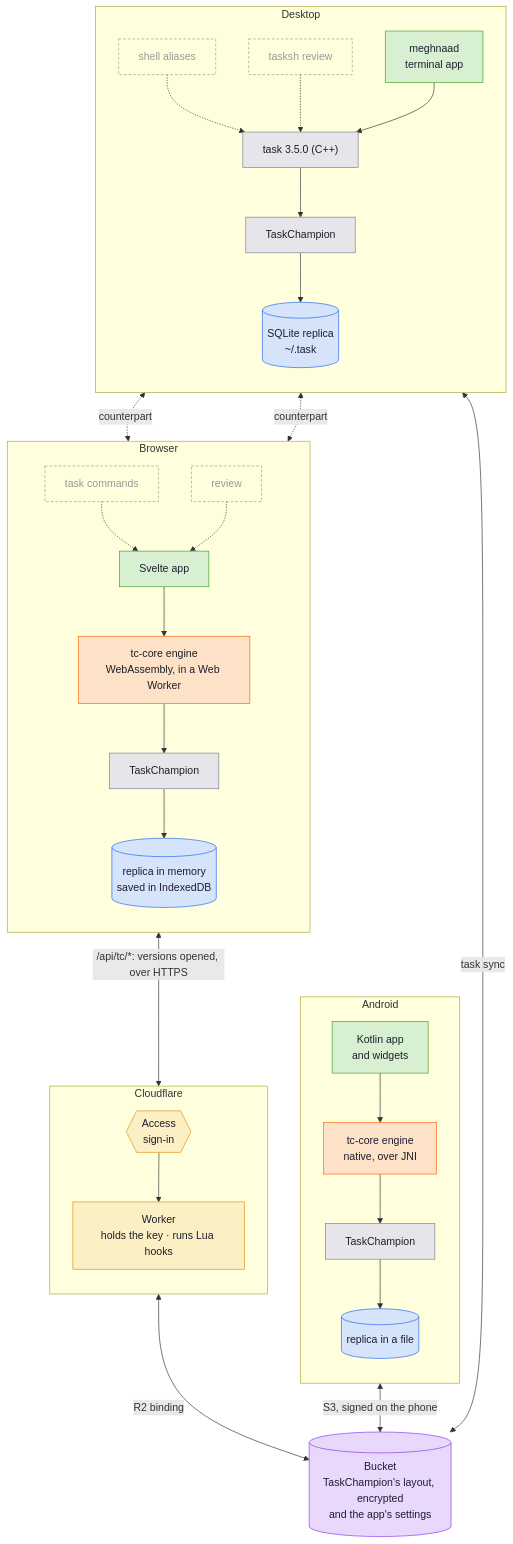
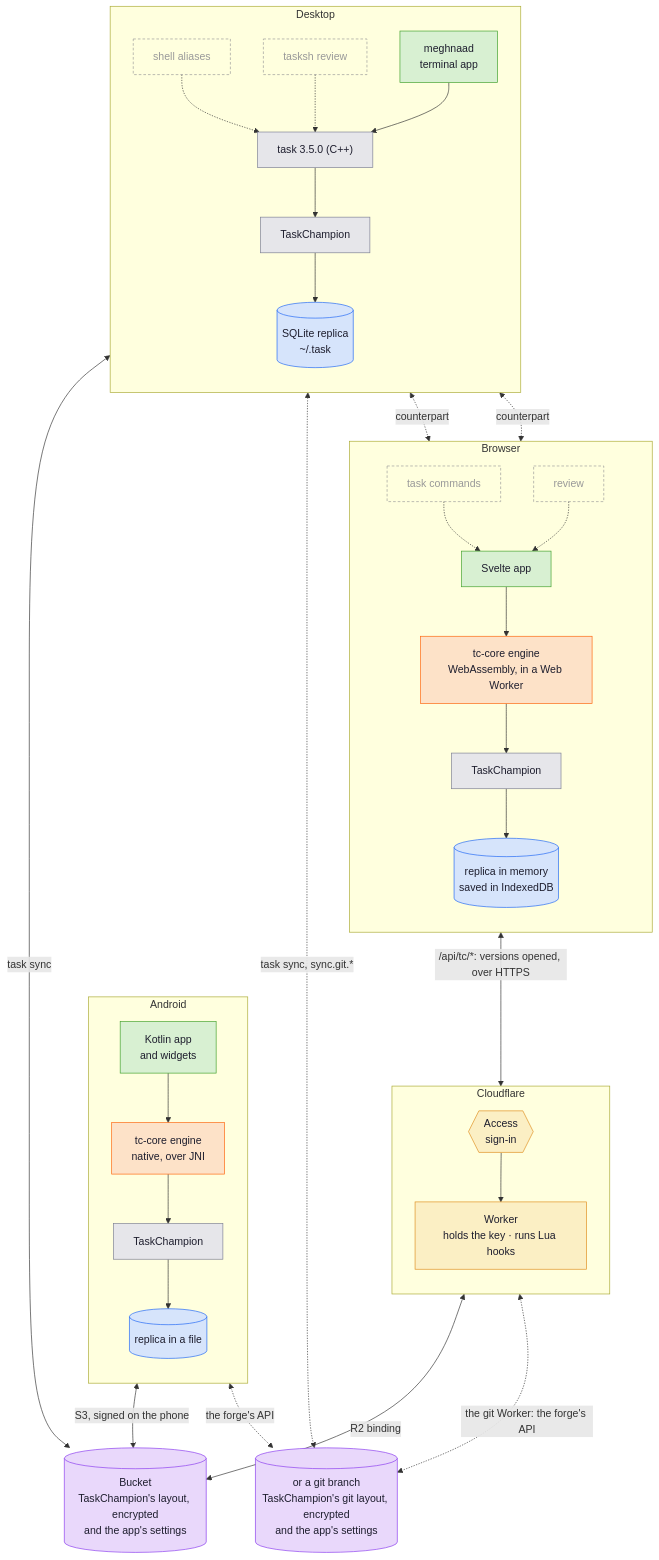
Before and after one commit to uroybd/Meghnaad: the diagram in README.md, drawn with Mermaid. The commit also changed other lines of this file and 47 other files, not shown here.

First line of the commit message:
feat: sync to a git repository on GitHub, Gitea or Forgejo, from the web and the phone

````diff
--- a/README.md
+++ b/README.md
@@ -154,68 +154,72 @@
 ```mermaid
 flowchart TB
   subgraph desktop["Desktop"]
     direction TB
     sh["shell aliases"]
     tsh["tasksh review"]
     tui["meghnaad<br/>terminal app"]
     cli["task 3.5.0 (C++)"]
     tcd["TaskChampion"]
     db[("SQLite replica<br/>~/.task")]
     sh -.-> cli
     tsh -.-> cli
     tui --> cli --> tcd --> db
   end
 
   subgraph web["Browser"]
     direction TB
     cmds["task commands"]
     rev["review"]
     spa["Svelte app"]
     eng["tc-core engine<br/>WebAssembly, in a Web Worker"]
     tcw["TaskChampion"]
     mem[("replica in memory<br/>saved in IndexedDB")]
     cmds -.-> spa
     rev -.-> spa
     spa --> eng --> tcw --> mem
   end
 
   subgraph phone["Android"]
     direction TB
     app["Kotlin app<br/>and widgets"]
     nat["tc-core engine<br/>native, over JNI"]
     tcn["TaskChampion"]
     rep[("replica in a file")]
     app --> nat --> tcn --> rep
   end
 
   subgraph edge["Cloudflare"]
     direction TB
     access{{"Access<br/>sign-in"}}
     wk["Worker<br/>holds the key · runs Lua hooks"]
     access --> wk
   end
 
   bucket[("Bucket<br/>TaskChampion's layout, encrypted<br/>and the app's settings")]
+  repo[("or a git branch<br/>TaskChampion's git layout, encrypted<br/>and the app's settings")]
 
   tcd <-- "task sync" --> bucket
   tcw <-- "/api/tc/*: versions opened, over HTTPS" --> access
   wk <-- "R2 binding" --> bucket
   tcn <-- "S3, signed on the phone" --> bucket
+  tcd <-. "task sync, sync.git.*" .-> repo
+  wk <-. "the git Worker: the forge's API" .-> repo
+  tcn <-. "the forge's API" .-> repo
   sh <-. "counterpart" .-> cmds
   tsh <-. "counterpart" .-> rev
 
   classDef ui fill:#d8f0d2,stroke:#40a02b,color:#1e1e2e
   classDef engine fill:#fde2c8,stroke:#fe640b,color:#1e1e2e
   classDef tw fill:#e6e6ea,stroke:#7c7f93,color:#1e1e2e
   classDef store fill:#d6e4fb,stroke:#1e66f5,color:#1e1e2e
   classDef bucket fill:#e9d8fb,stroke:#8839ef,color:#1e1e2e
   classDef edge fill:#fbefc4,stroke:#df8e1d,color:#1e1e2e
   classDef ext fill:transparent,stroke:#999,color:#999,stroke-dasharray:4 3
   class tui,spa,app ui
   class eng,nat engine
   class cli,tcd,tcw,tcn tw
   class db,mem,rep store
   class access,wk edge
-  class bucket bucket
+  class bucket,repo bucket
   class sh,tsh,cmds,rev ext
 ```
````
